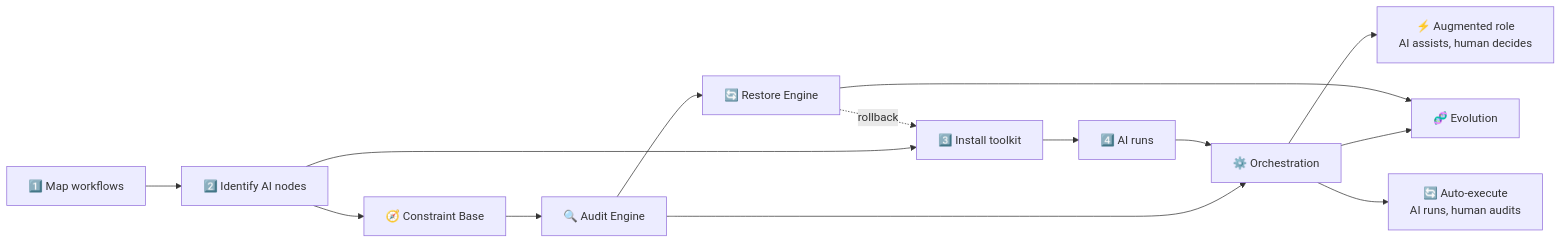
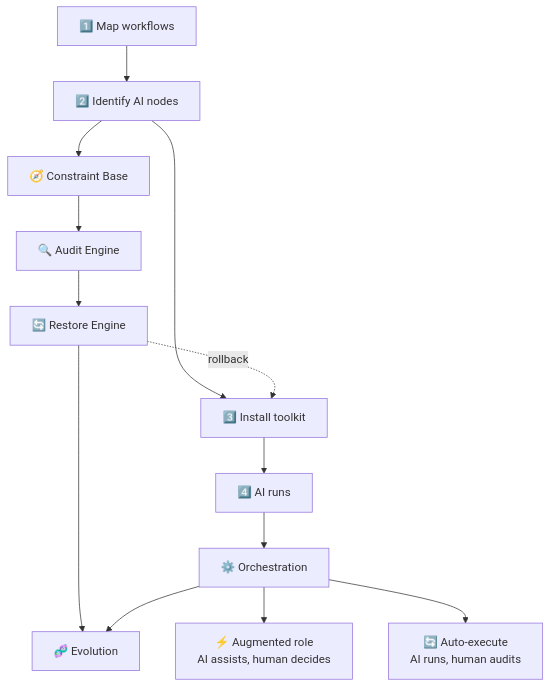
The first of 5 diagrams in README.en.md (KongFangXun/sofagent), drawn with Mermaid before and after one commit. The commit also changed 1 other file, not shown here.

Commit message:
docs: FDE Mermaid改用TB布局 — 左FDE右引擎，上下流向零交叉

````diff
--- a/README.en.md
+++ b/README.en.md
@@ -87,13 +87,18 @@
 ```mermaid
-graph LR
-    1["1️⃣ Map workflows"] --> 2["2️⃣ Identify AI nodes"] --> 3["3️⃣ Install toolkit"] --> 4["4️⃣ AI runs"]
+graph TB
+    1["1️⃣ Map workflows"] --> 2["2️⃣ Identify AI nodes"]
+    2 --> 3["3️⃣ Install toolkit"]
+    3 --> 4["4️⃣ AI runs"]
 
     2 --> E["🧭 Constraint Base"]
-    E --> F["🔍 Audit Engine"] --> H["⚙️ Orchestration"] --> I["🧬 Evolution"]
-    4 --> H
+    E --> F["🔍 Audit Engine"]
+    F --> G["🔄 Restore Engine"]
+    G --> I["🧬 Evolution"]
 
-    F --> G["🔄 Restore Engine"] --> I
+    4 --> H["⚙️ Orchestration"]
+    H --> I
     H --> J["⚡ Augmented role<br/>AI assists, human decides"]
     H --> K["🔄 Auto-execute<br/>AI runs, human audits"]
+
     G -.-> |rollback| 3
 ```
````
